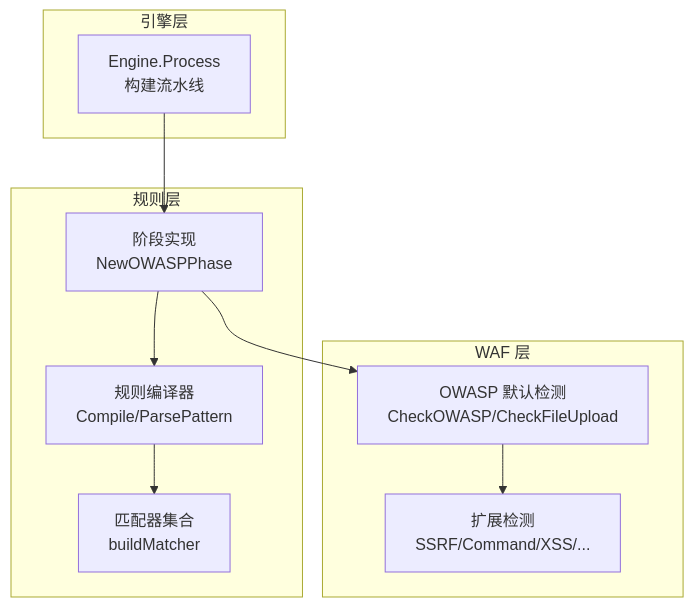
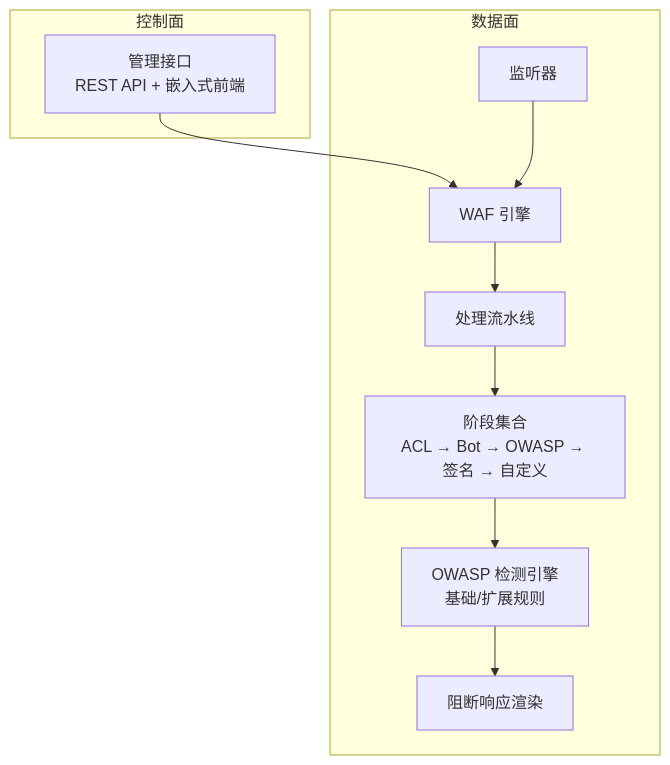
One commit to x01n/My-OpenWaf changed the first of 20 diagrams in docs/WAF 引擎系统/处理阶段详解/OWASP 默认检测阶段.md. Above: the diagram before and after it, drawn with Mermaid. The commit also changed other lines of this file and 199 other files, not shown here.

````diff
--- a/docs/WAF 引擎系统/处理阶段详解/OWASP 默认检测阶段.md
+++ b/docs/WAF 引擎系统/处理阶段详解/OWASP 默认检测阶段.md
@@ -37,20 +40,20 @@
 ```mermaid
 graph TB
-subgraph "引擎层"
-Engine["Engine.Process<br/>构建流水线"]
+subgraph "控制面"
+Admin["管理接口<br/>REST API + 嵌入式前端"]
 end
-subgraph "规则层"
-Compiler["规则编译器<br/>Compile/ParsePattern"]
-Matchers["匹配器集合<br/>buildMatcher"]
-Phases["阶段实现<br/>NewOWASPPhase"]
+subgraph "数据面"
+Listener["监听器"]
+Engine["WAF 引擎"]
+Pipeline["处理流水线"]
+Phases["阶段集合<br/>ACL → Bot → OWASP → 签名 → 自定义"]
+OWASP["OWASP 检测引擎<br/>基础/扩展规则"]
+Block["阻断响应渲染"]
 end
-subgraph "WAF 层"
-OWASP["OWASP 默认检测<br/>CheckOWASP/CheckFileUpload"]
-Ext["扩展检测<br/>SSRF/Command/XSS/..."]
-end
-Engine --> Phases
-Phases --> Compiler
-Compiler --> Matchers
+Admin --> Engine
+Listener --> Engine
+Engine --> Pipeline
+Pipeline --> Phases
 Phases --> OWASP
-OWASP --> Ext
+OWASP --> Block
 ```
````
